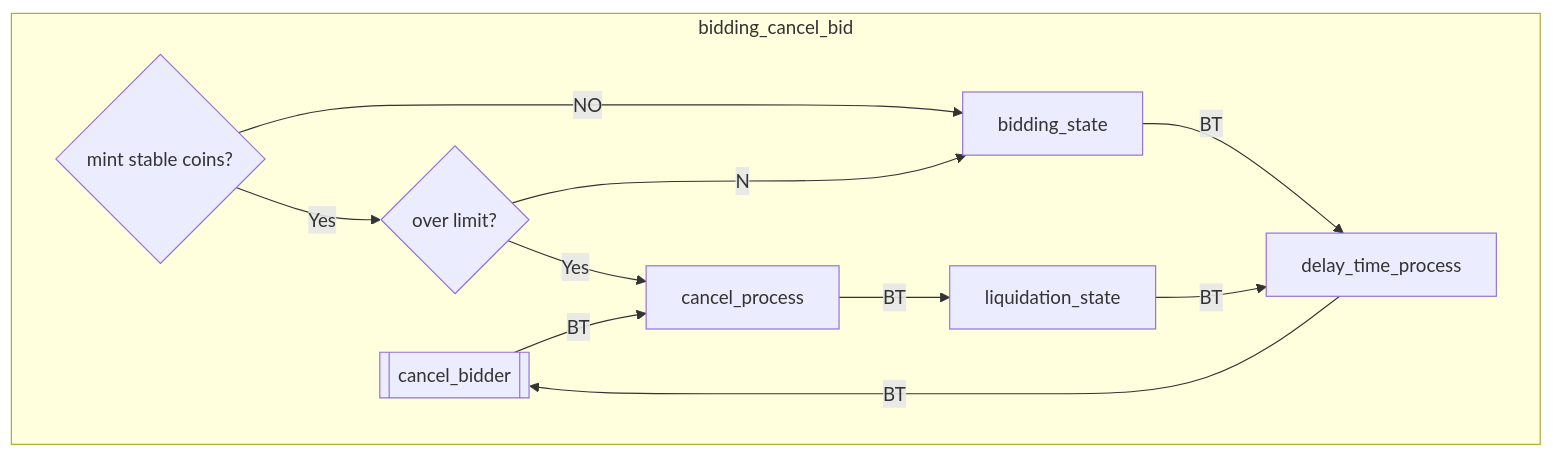
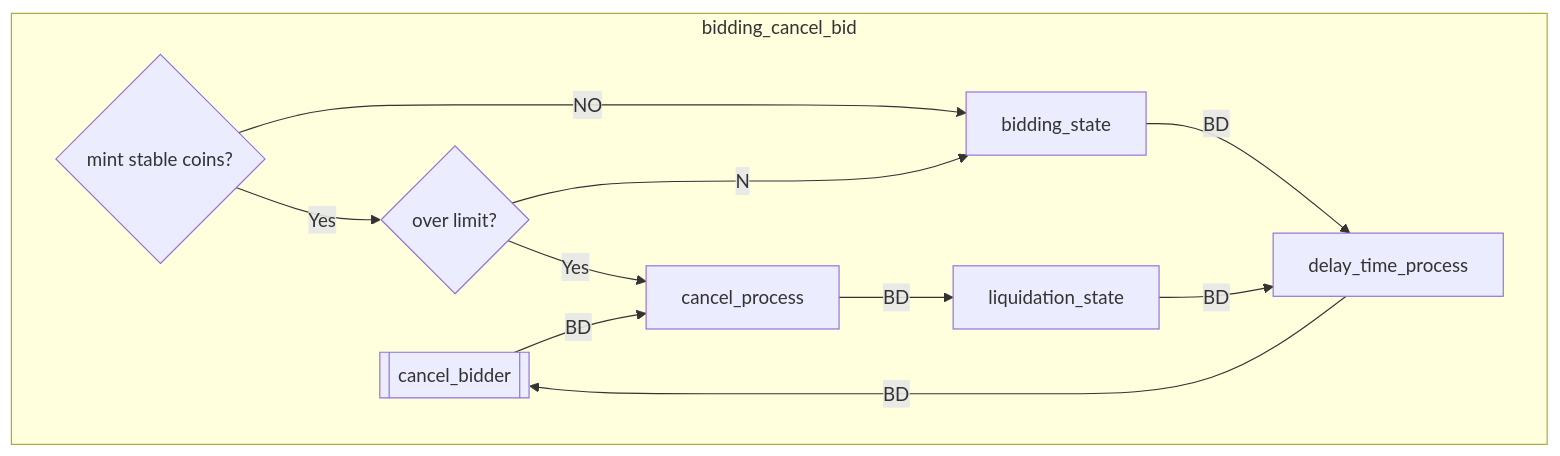
Before and after one commit to UnUniFi/chain: the sixth of 7 diagrams in x/nftmarket/spec/03_auction_state.md, drawn with Mermaid. The commit also changed other lines of this file and 3 other files, not shown here.

````diff
--- a/x/nftmarket/spec/03_auction_state.md
+++ b/x/nftmarket/spec/03_auction_state.md
@@ -153,19 +153,19 @@
 ```mermaid
 flowchart TD
 subgraph bidding_cancel_bid
 	cancel_bidder[[cancel_bidder]]
 	check_mint{mint stable coins?}
 	check_limit{over limit?}
 
 	check_mint--NO--> bidding_state
 	check_limit--No--> bidding_state
-	bidding_state--BT--> delay_time_process
+	bidding_state--BD--> delay_time_process
 	check_mint--Yes--> check_limit
 	check_limit--Yes--> cancel_process
-	cancel_bidder--BT--> cancel_process 
-	liquidation_state --BT--> delay_time_process
-	delay_time_process --BT--> cancel_bidder
-	cancel_process --BT--> liquidation_state
+	cancel_bidder--BD--> cancel_process 
+	liquidation_state --BD--> delay_time_process
+	delay_time_process --BD--> cancel_bidder
+	cancel_process --BD--> liquidation_state
 	
 end
 ```
````
